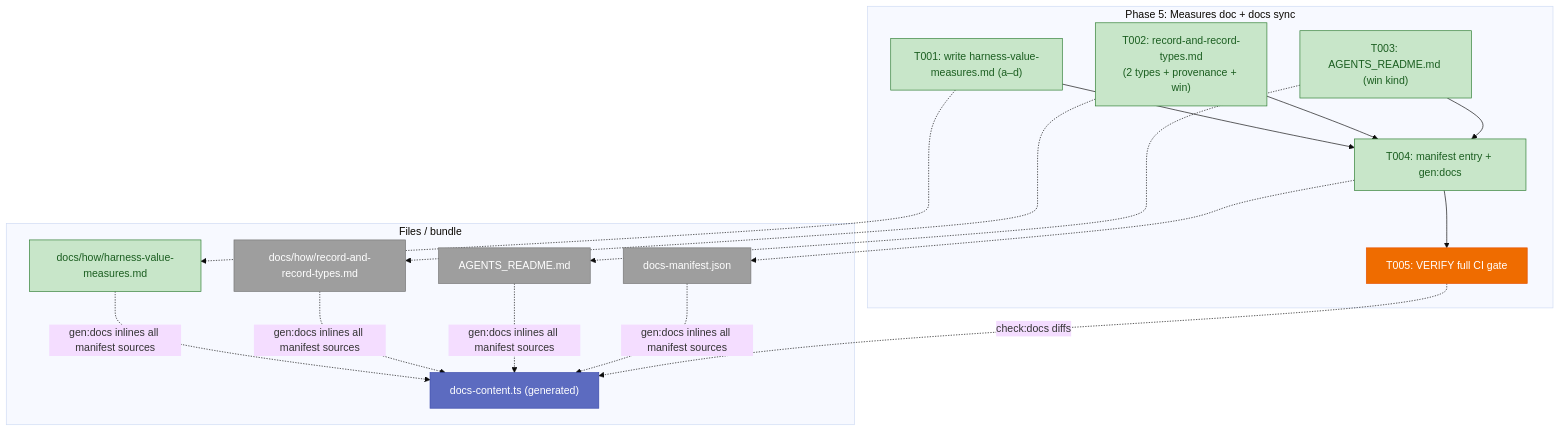
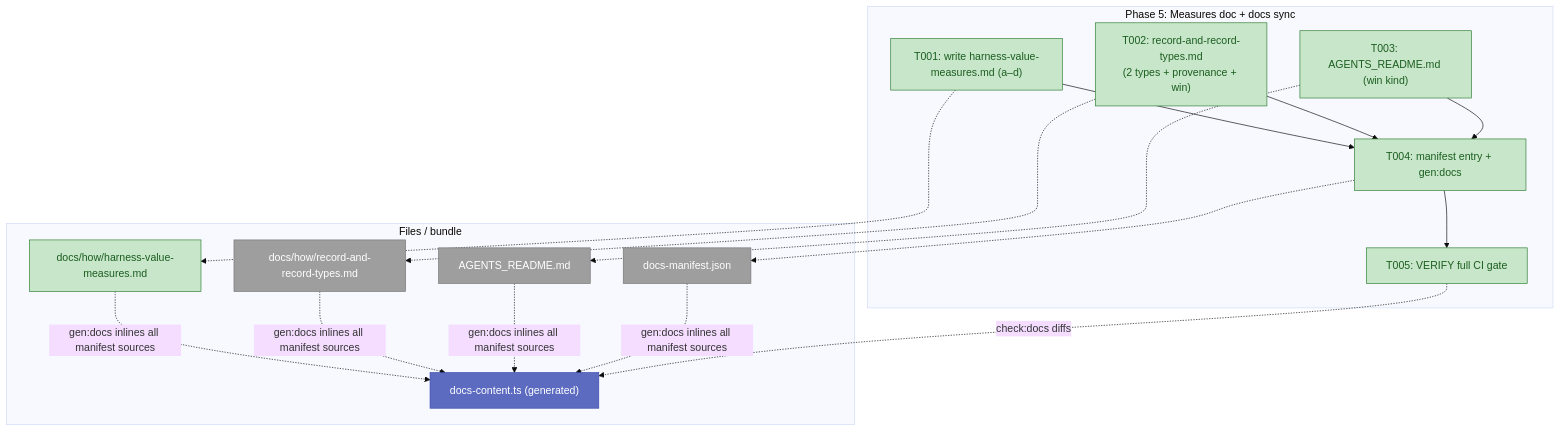
One commit to AI-Substrate/harness-engineering changed the first of 3 diagrams in docs/plans/020-harness-bypass-change-records/tasks/phase-5-measures-doc-docs-sync/tasks.md. Above: the diagram before and after it, drawn with Mermaid (base theme). The commit also changed other lines of this file and 4 other files, not shown here.

````diff
--- a/docs/plans/020-harness-bypass-change-records/tasks/phase-5-measures-doc-docs-sync/tasks.md
+++ b/docs/plans/020-harness-bypass-change-records/tasks/phase-5-measures-doc-docs-sync/tasks.md
@@ -79,34 +79,34 @@
 ```mermaid
 flowchart TD
     classDef pending fill:#9E9E9E,stroke:#757575,color:#fff
     classDef gen fill:#5C6BC0,stroke:#3949AB,color:#fff
     classDef gate fill:#EF6C00,stroke:#E65100,color:#fff
     classDef done fill:#C8E6C9,stroke:#2E7D32,color:#1B5E20
 
     subgraph Phase["Phase 5: Measures doc + docs sync"]
         T001["T001: write harness-value-measures.md (a–d)"]:::done
         T002["T002: record-and-record-types.md<br/>(2 types + provenance + win)"]:::done
         T003["T003: AGENTS_README.md (win kind)"]:::done
         T004["T004: manifest entry + gen:docs"]:::done
-        T005["T005: VERIFY full CI gate"]:::gate
+        T005["T005: VERIFY full CI gate"]:::done
         T001 --> T004
         T002 --> T004
         T003 --> T004
         T004 --> T005
     end
 
     subgraph Files["Files / bundle"]
         F1["docs/how/harness-value-measures.md"]:::done
         F2["docs/how/record-and-record-types.md"]:::pending
         F3["AGENTS_README.md"]:::pending
         FM["docs-manifest.json"]:::pending
         FC["docs-content.ts (generated)"]:::gen
     end
 
     T001 -.-> F1
     T002 -.-> F2
     T003 -.-> F3
     T004 -.-> FM
     F1 & F2 & F3 & FM -.->|gen:docs inlines all manifest sources| FC
     T005 -.->|check:docs diffs| FC
 ```
````
